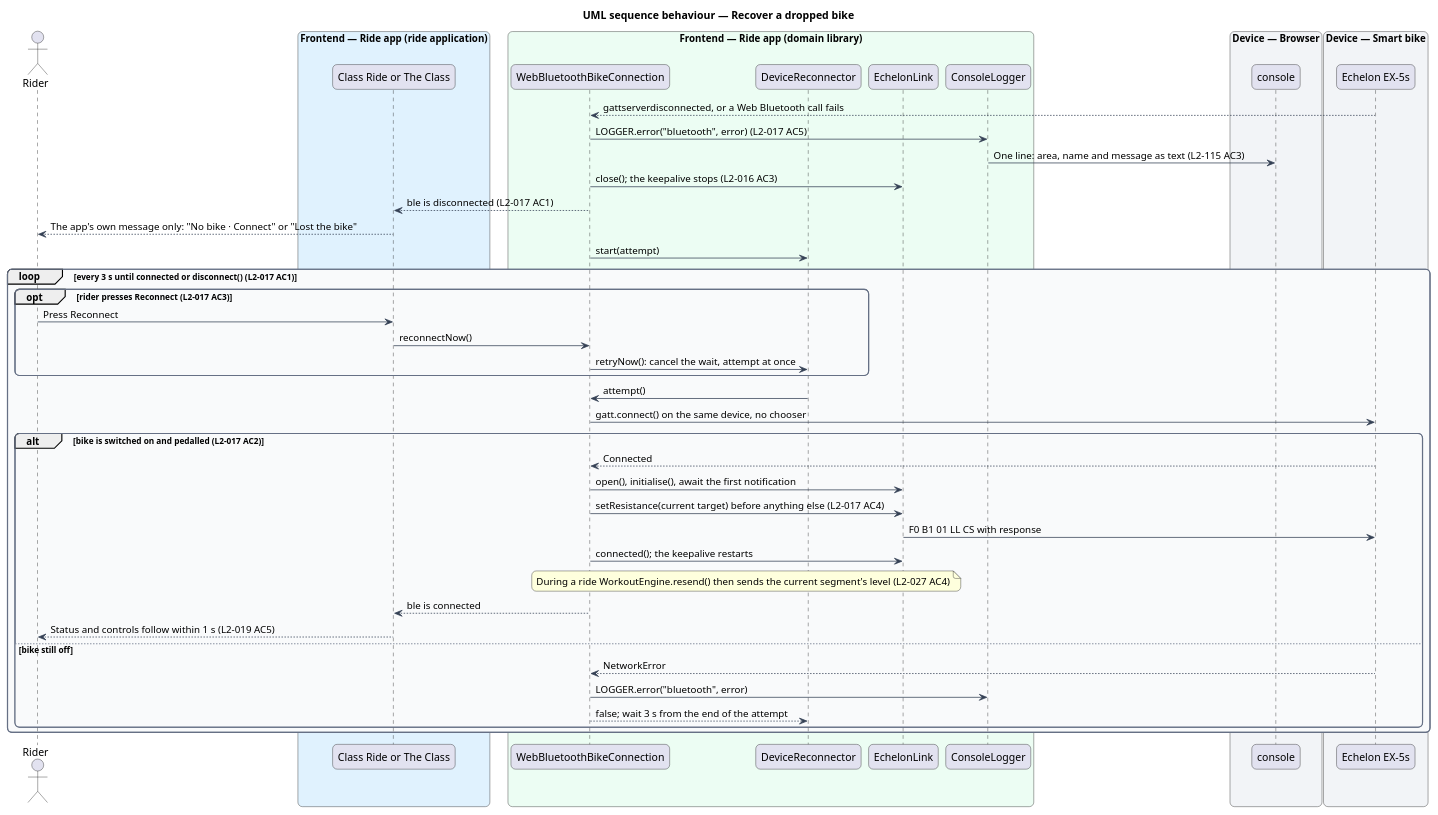
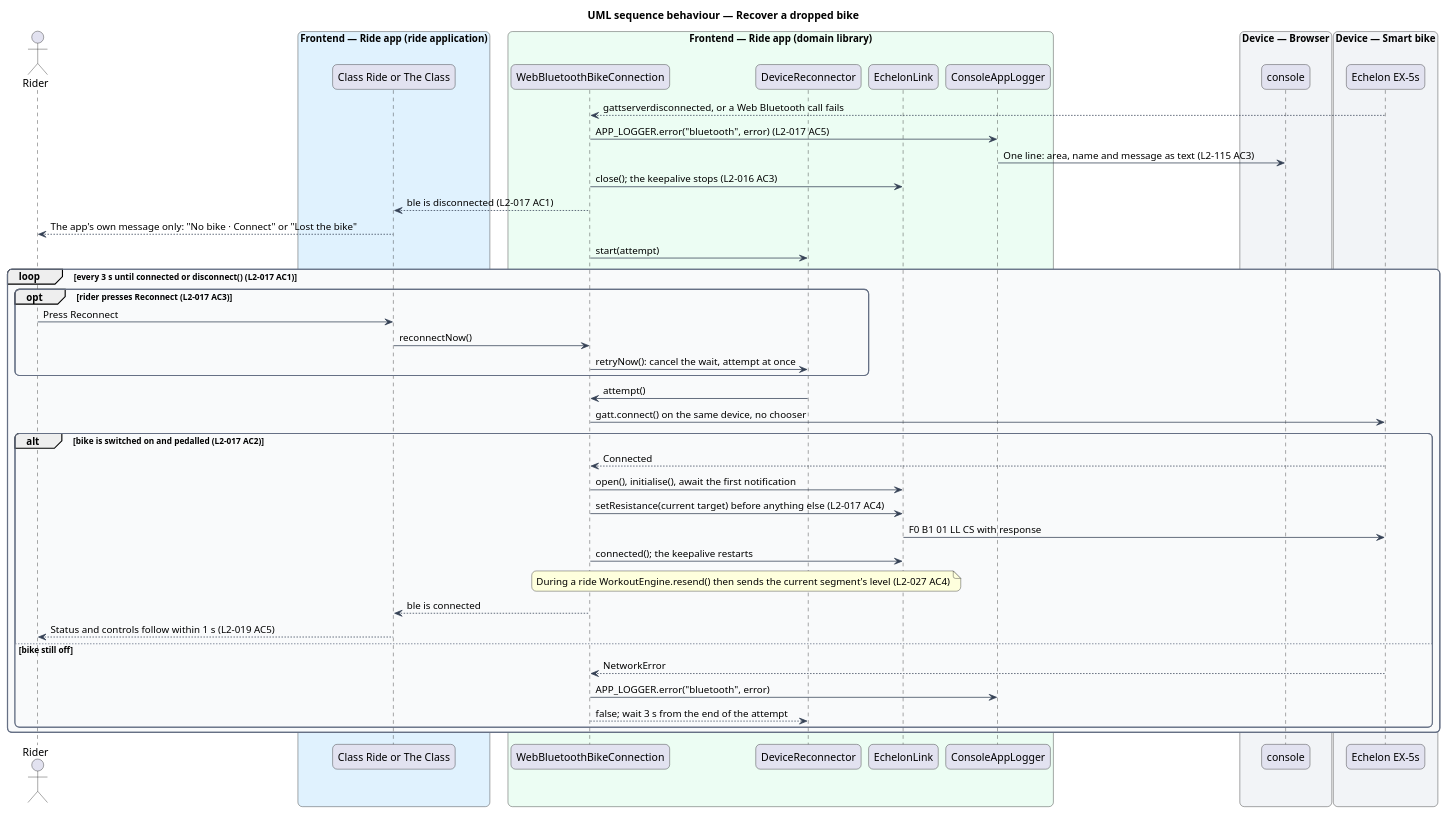
One commit to QuinntyneBrown/ride-one changed the diagram in docs/detailed-designs/bike/keep-the-bike-connected/diagrams/sequence-recover-a-dropped-bike.puml. Above: the diagram before and after it, drawn with PlantUML. The commit also changed 45 other files, not shown here.

```diff
--- a/docs/detailed-designs/bike/keep-the-bike-connected/diagrams/sequence-recover-a-dropped-bike.puml
+++ b/docs/detailed-designs/bike/keep-the-bike-connected/diagrams/sequence-recover-a-dropped-bike.puml
@@ -1,63 +1,63 @@
 @startuml
 title UML sequence behaviour — Recover a dropped bike
 skinparam backgroundColor #FFFFFF
 skinparam shadowing false
 skinparam roundcorner 12
 skinparam defaultFontName Arial
 skinparam ArrowColor #344054
 skinparam rectangle {
   BorderColor #344054
   FontColor #101828
 }
 skinparam package {
   BorderColor #667085
   FontColor #101828
   BackgroundColor #F9FAFB
 }
 actor "Rider" as rider
 box "Frontend — Ride app (ride application)" #E0F2FE
   participant "Class Ride or The Class" as screen
 end box
 box "Frontend — Ride app (domain library)" #ECFDF3
   participant "WebBluetoothBikeConnection" as conn
   participant "DeviceReconnector" as recon
   participant "EchelonLink" as link
-  participant "ConsoleLogger" as logger
+  participant "ConsoleAppLogger" as logger
 end box
 box "Device — Browser" #F2F4F7
   participant "console" as console
 end box
 box "Device — Smart bike" #F2F4F7
   participant "Echelon EX-5s" as bike
 end box
 bike --> conn : gattserverdisconnected, or a Web Bluetooth call fails
-conn -> logger : LOGGER.error("bluetooth", error) (L2-017 AC5)
+conn -> logger : APP_LOGGER.error("bluetooth", error) (L2-017 AC5)
 logger -> console : One line: area, name and message as text (L2-115 AC3)
 conn -> link : close(); the keepalive stops (L2-016 AC3)
 conn --> screen : ble is disconnected (L2-017 AC1)
 screen --> rider : The app's own message only: "No bike · Connect" or "Lost the bike"
 conn -> recon : start(attempt)
 loop every 3 s until connected or disconnect() (L2-017 AC1)
   opt rider presses Reconnect (L2-017 AC3)
     rider -> screen : Press Reconnect
     screen -> conn : reconnectNow()
     conn -> recon : retryNow(): cancel the wait, attempt at once
   end
   recon -> conn : attempt()
   conn -> bike : gatt.connect() on the same device, no chooser
   alt bike is switched on and pedalled (L2-017 AC2)
     bike --> conn : Connected
     conn -> link : open(), initialise(), await the first notification
     conn -> link : setResistance(current target) before anything else (L2-017 AC4)
     link -> bike : F0 B1 01 LL CS with response
     conn -> link : connected(); the keepalive restarts
     note over conn, link : During a ride WorkoutEngine.resend() then sends the current segment's level (L2-027 AC4)
     conn --> screen : ble is connected
     screen --> rider : Status and controls follow within 1 s (L2-019 AC5)
   else bike still off
     bike --> conn : NetworkError
-    conn -> logger : LOGGER.error("bluetooth", error)
+    conn -> logger : APP_LOGGER.error("bluetooth", error)
     conn --> recon : false; wait 3 s from the end of the attempt
   end
 end
 @enduml
```
